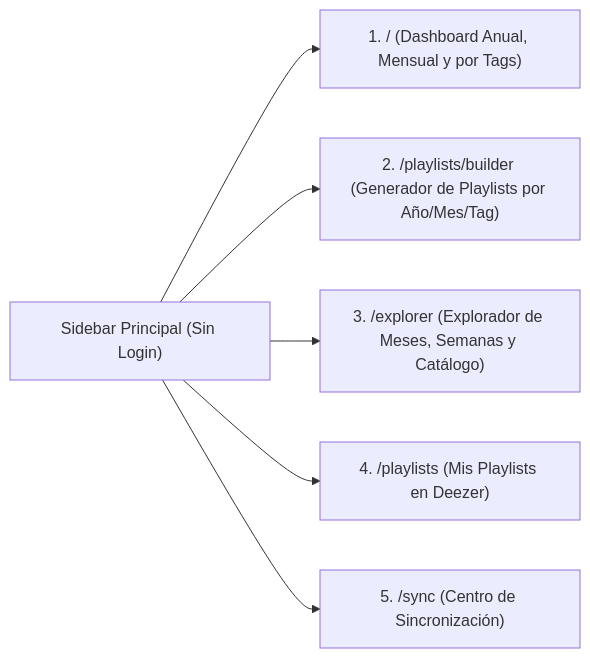
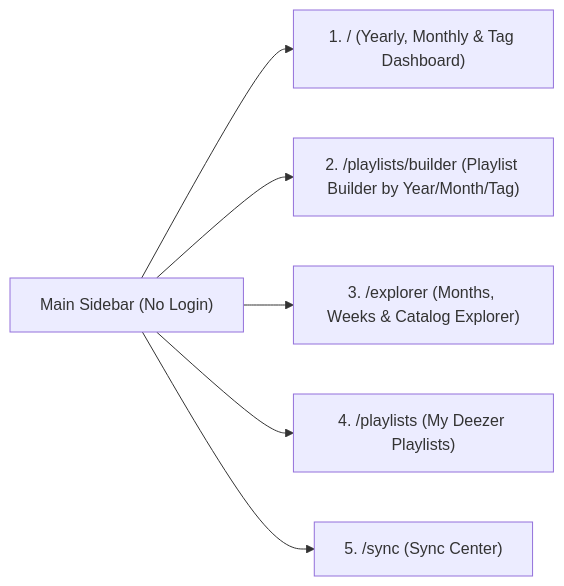
Before and after one commit to dfelipegaitanh/lastfm_v3: the fourth of 4 diagrams in README.md, drawn with Mermaid. The commit also changed other lines of this file, not shown here.

````diff
--- a/README.md
+++ b/README.md
@@ -505,8 +505,8 @@
 ```mermaid
 flowchart LR
-    Sidebar["Sidebar Principal (Sin Login)"] --> V1["1. / (Dashboard Anual, Mensual y por Tags)"]
-    Sidebar --> V2["2. /playlists/builder (Generador de Playlists por Año/Mes/Tag)"]
-    Sidebar --> V3["3. /explorer (Explorador de Meses, Semanas y Catálogo)"]
-    Sidebar --> V4["4. /playlists (Mis Playlists en Deezer)"]
-    Sidebar --> V5["5. /sync (Centro de Sincronización)"]
+    Sidebar["Main Sidebar (No Login)"] --> V1["1. / (Yearly, Monthly & Tag Dashboard)"]
+    Sidebar --> V2["2. /playlists/builder (Playlist Builder by Year/Month/Tag)"]
+    Sidebar --> V3["3. /explorer (Months, Weeks & Catalog Explorer)"]
+    Sidebar --> V4["4. /playlists (My Deezer Playlists)"]
+    Sidebar --> V5["5. /sync (Sync Center)"]
 ```
````
